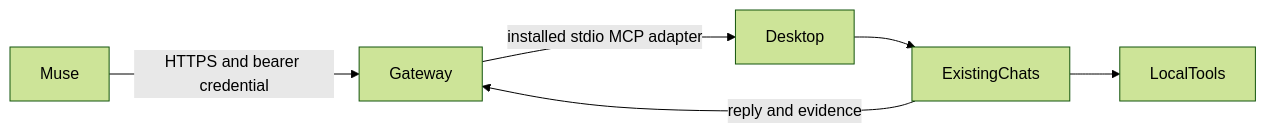
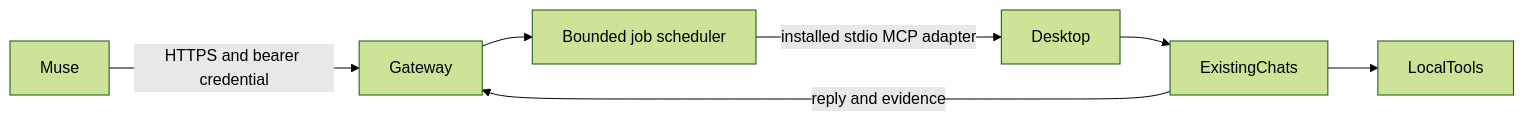
Before and after one commit to thefayth/muse-local-connector: the diagram in docs/design.md, drawn with Mermaid (forest theme). The commit also changed other lines of this file and 20 other files, not shown here.

````diff
--- a/docs/design.md
+++ b/docs/design.md
@@ -5,8 +5,9 @@
 ```mermaid
 flowchart LR
   Muse -->|HTTPS and bearer credential| Gateway
-  Gateway -->|installed stdio MCP adapter| Desktop
+  Gateway --> Scheduler[Bounded job scheduler]
+  Scheduler -->|installed stdio MCP adapter| Desktop
   Desktop --> ExistingChats
   ExistingChats --> LocalTools
   ExistingChats -->|reply and evidence| Gateway
 ```
````
